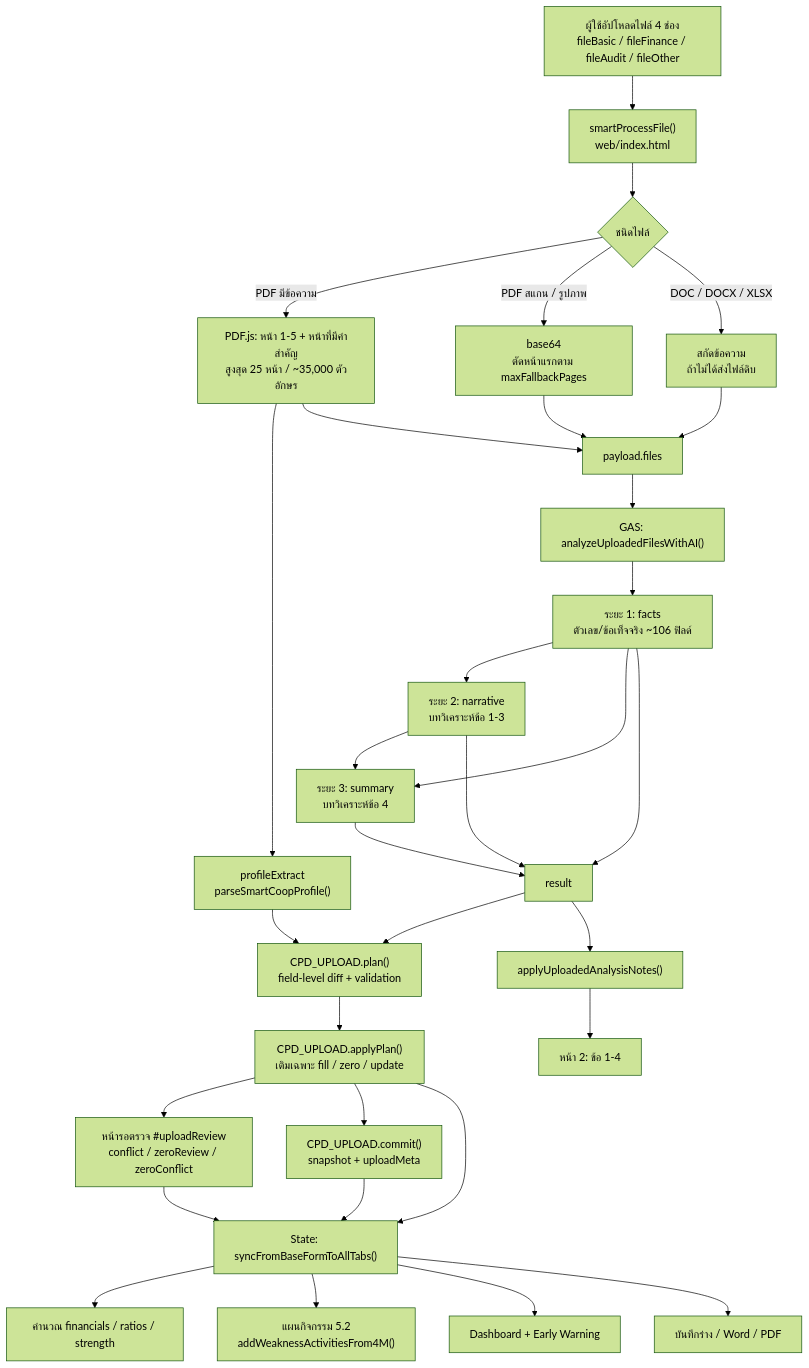
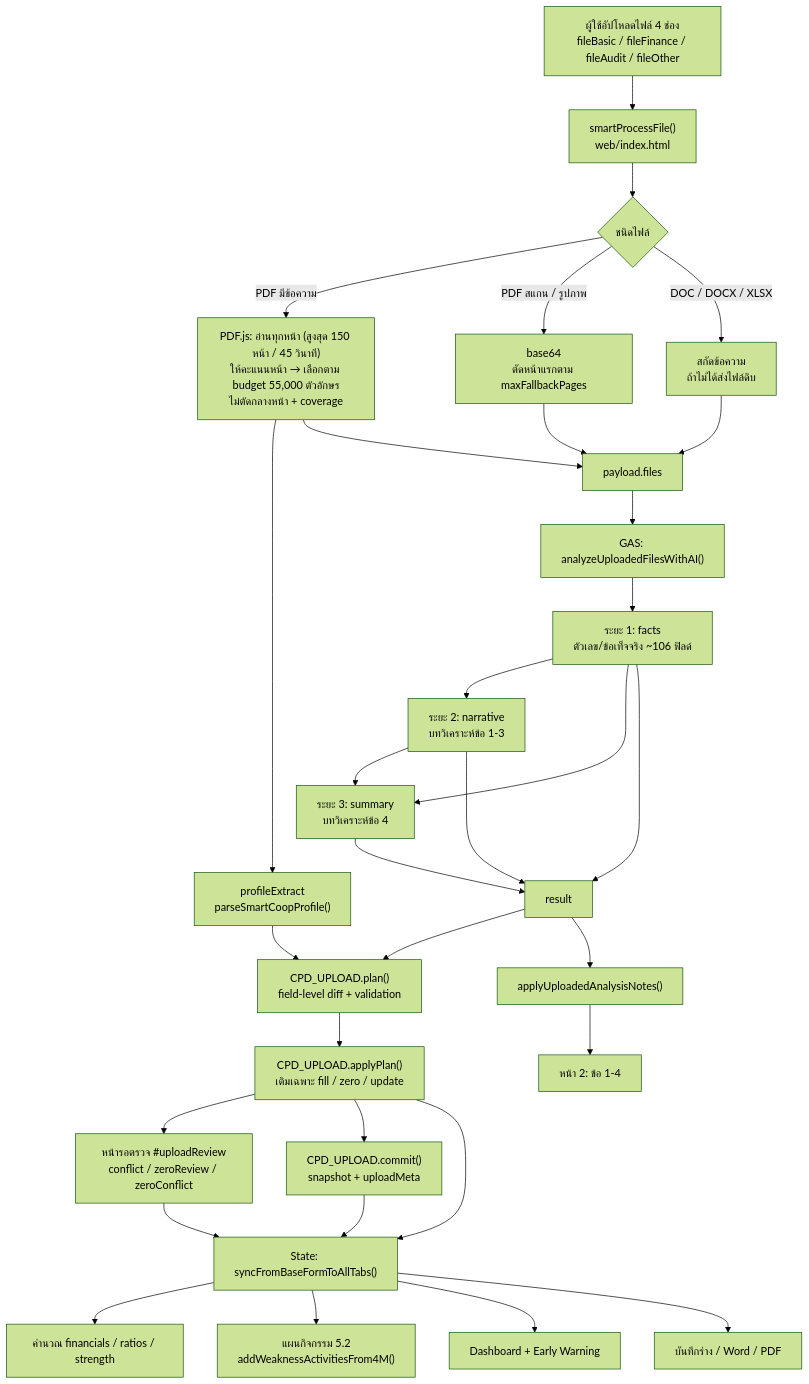
Before and after one commit to supakritkhawthong-lab/cps-promotion-plan-2570: the diagram in docs/upload-data-flow.md, drawn with Mermaid (forest theme). The commit also changed other lines of this file and 4 other files, not shown here.

Commit message:
feat(upload): read all PDF pages with scoring, coverage and page-safe budget (Phase 1A)

````diff
--- a/docs/upload-data-flow.md
+++ b/docs/upload-data-flow.md
@@ -14,34 +14,34 @@
 ```mermaid
 flowchart TD
     A["ผู้ใช้อัปโหลดไฟล์ 4 ช่อง<br/>fileBasic / fileFinance / fileAudit / fileOther"] --> B["smartProcessFile()<br/>web/index.html"]
     B --> C{"ชนิดไฟล์"}
-    C -->|"PDF มีข้อความ"| D["PDF.js: หน้า 1-5 + หน้าที่มีคำสำคัญ<br/>สูงสุด 25 หน้า / ~35,000 ตัวอักษร"]
+    C -->|"PDF มีข้อความ"| D["PDF.js: อ่านทุกหน้า (สูงสุด 150 หน้า / 45 วินาที)<br/>ให้คะแนนหน้า → เลือกตาม budget 55,000 ตัวอักษร<br/>ไม่ตัดกลางหน้า + coverage"]
     C -->|"PDF สแกน / รูปภาพ"| E["base64<br/>ตัดหน้าแรกตาม maxFallbackPages"]
     C -->|"DOC / DOCX / XLSX"| F["สกัดข้อความ<br/>ถ้าไม่ได้ส่งไฟล์ดิบ"]
     D --> G["profileExtract<br/>parseSmartCoopProfile()"]
     D --> H["payload.files"]
     E --> H
     F --> H
     H --> I["GAS: analyzeUploadedFilesWithAI()"]
     I --> J["ระยะ 1: facts<br/>ตัวเลข/ข้อเท็จจริง ~106 ฟิลด์"]
     J --> K["ระยะ 2: narrative<br/>บทวิเคราะห์ข้อ 1-3"]
     J --> L["ระยะ 3: summary<br/>บทวิเคราะห์ข้อ 4"]
     K --> L
     J --> M["result"]
     K --> M
     L --> M
     M --> N["CPD_UPLOAD.plan()<br/>field-level diff + validation"]
     G --> N
     N --> N2["CPD_UPLOAD.applyPlan()<br/>เติมเฉพาะ fill / zero / update"]
     N2 --> N3["หน้ารอตรวจ #uploadReview<br/>conflict / zeroReview / zeroConflict"]
     N2 --> N4["CPD_UPLOAD.commit()<br/>snapshot + uploadMeta"]
     N2 --> O["State: syncFromBaseFormToAllTabs()"]
     N3 --> O
     N4 --> O
     O --> P["คำนวณ financials / ratios / strength"]
     M --> Q["applyUploadedAnalysisNotes()"]
     Q --> R["หน้า 2: ข้อ 1-4"]
     O --> S["แผนกิจกรรม 5.2<br/>addWeaknessActivitiesFrom4M()"]
     O --> T["Dashboard + Early Warning"]
     O --> U["บันทึกร่าง / Word / PDF"]
 ```
````
